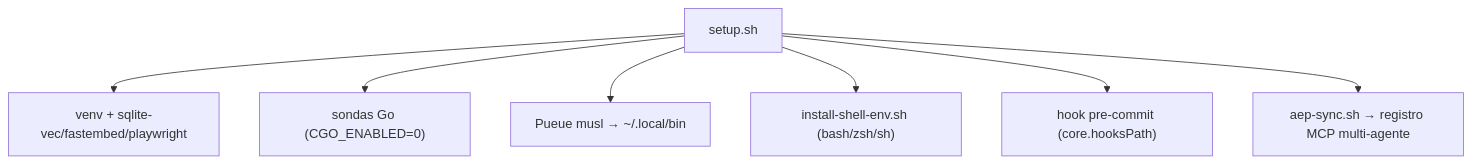
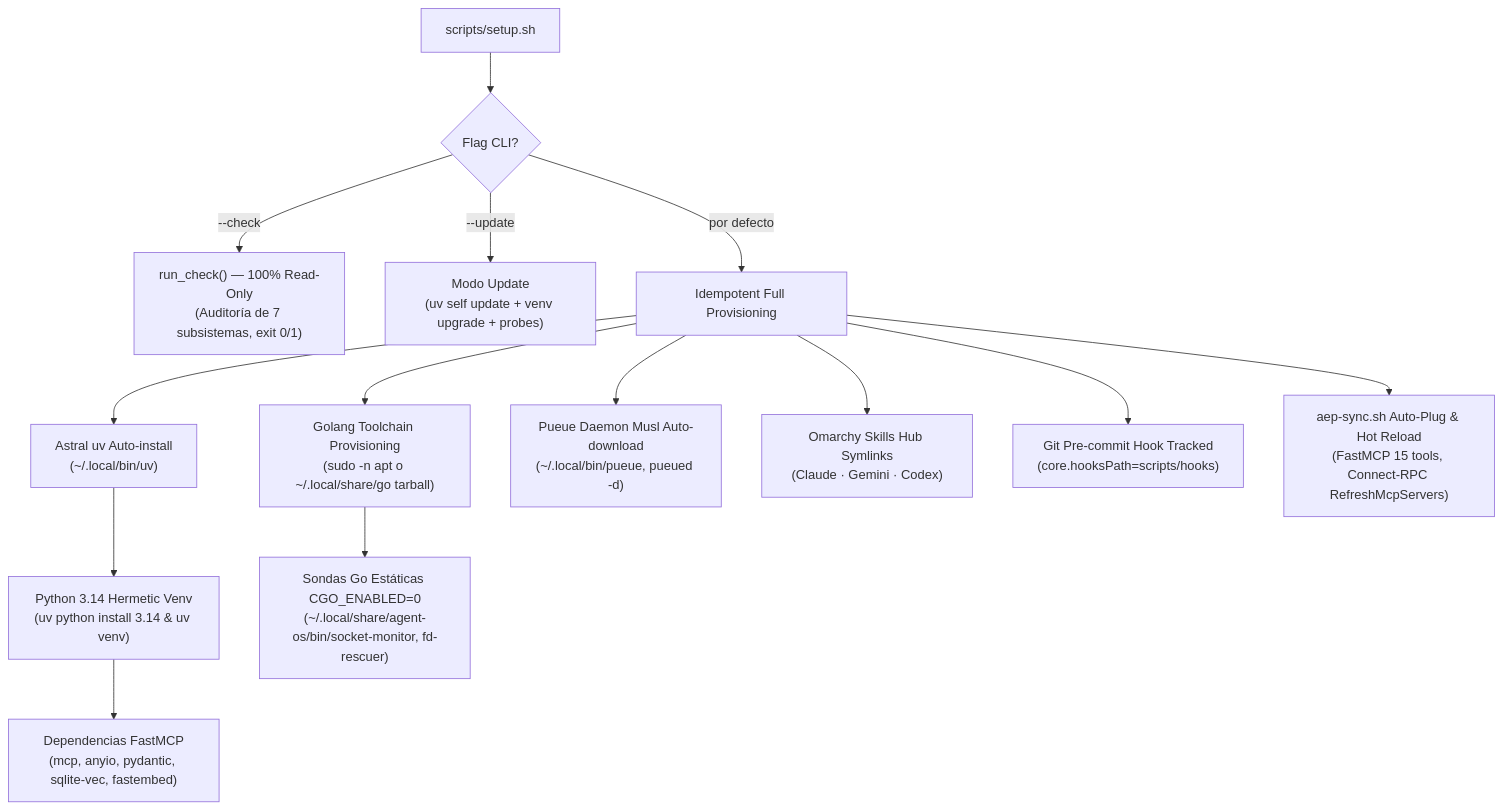
One commit to ancrz/agent-execution-plane changed diagram 13 of 14 in README.md. Above: the diagram before and after it, drawn with Mermaid. The commit also changed other lines of this file and 12 other files, not shown here.

````diff
--- a/README.md
+++ b/README.md
@@ -656,9 +667,17 @@
 ```mermaid
 flowchart TD
-    A["setup.sh"] --> B["venv + sqlite-vec/fastembed/playwright"]
-    A --> C["sondas Go (CGO_ENABLED=0)"]
-    A --> D["Pueue musl → ~/.local/bin"]
-    A --> E["install-shell-env.sh (bash/zsh/sh)"]
-    A --> F["hook pre-commit (core.hooksPath)"]
-    A --> G["aep-sync.sh → registro MCP multi-agente"]
+    A["scripts/setup.sh"] --> Flag{"Flag CLI?"}
+    Flag -->|"--check"| CHK["run_check() — 100% Read-Only<br/>(Auditoría de 7 subsistemas, exit 0/1)"]
+    Flag -->|"--update"| UPD["Modo Update<br/>(uv self update + venv upgrade + probes)"]
+    Flag -->|"por defecto"| PROV["Idempotent Full Provisioning"]
+
+    PROV --> B1["Astral uv Auto-install<br/>(~/.local/bin/uv)"]
+    B1 --> B2["Python 3.14 Hermetic Venv<br/>(uv python install 3.14 & uv venv)"]
+    B2 --> B3["Dependencias FastMCP<br/>(mcp, anyio, pydantic, sqlite-vec, fastembed)"]
+    PROV --> G1["Golang Toolchain Provisioning<br/>(sudo -n apt o ~/.local/share/go tarball)"]
+    G1 --> G2["Sondas Go Estáticas CGO_ENABLED=0<br/>(~/.local/share/agent-os/bin/socket-monitor, fd-rescuer)"]
+    PROV --> P1["Pueue Daemon Musl Auto-download<br/>(~/.local/bin/pueue, pueued -d)"]
+    PROV --> S1["Omarchy Skills Hub Symlinks<br/>(Claude · Gemini · Codex)"]
+    PROV --> S2["Git Pre-commit Hook Tracked<br/>(core.hooksPath=scripts/hooks)"]
+    PROV --> S3["aep-sync.sh Auto-Plug & Hot Reload<br/>(FastMCP 15 tools, Connect-RPC RefreshMcpServers)"]
 ```
````
